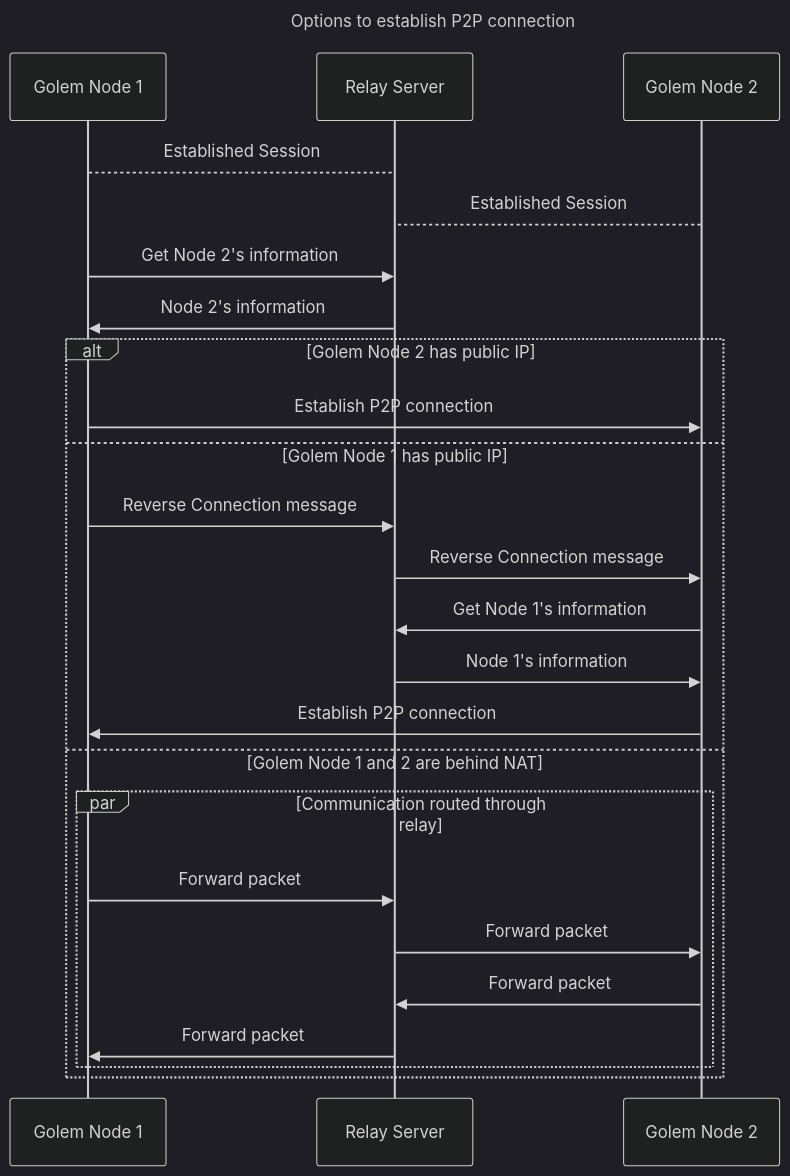
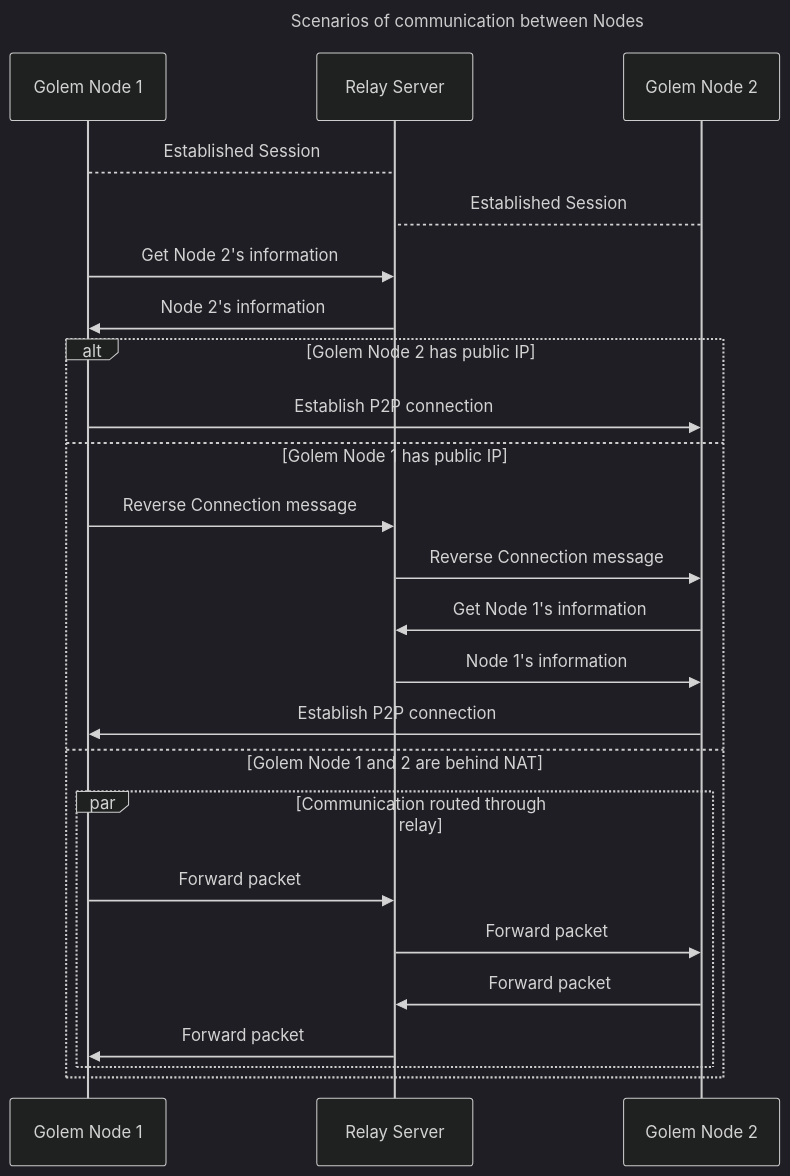
The seventh of 10 diagrams in arch-snapshot/arch.md (golemfactory/golem-architecture), drawn with Mermaid (dark theme) before and after one commit. The commit also changed other lines of this file, not shown here.

````diff
--- a/arch-snapshot/arch.md
+++ b/arch-snapshot/arch.md
@@ -677,34 +677,34 @@
 ```mermaid
 ---
-title: Options to establish P2P connection  
+title: Scenarios of communication between Nodes   
 ---
 sequenceDiagram
     participant GolemNode1 as Golem Node 1
     participant RelayServer as Relay Server
     participant GolemNode2 as Golem Node 2
 
     GolemNode1-->RelayServer: Established Session
     GolemNode2-->RelayServer: Established  Session
 
     GolemNode1->>RelayServer: Get Node 2's information
     RelayServer->>GolemNode1: Node 2's information
     
     alt Golem Node 2 has public IP
         GolemNode1->>GolemNode2: Establish P2P connection
     else Golem Node 1 has public IP
         GolemNode1->>RelayServer: Reverse Connection message
         RelayServer->>GolemNode2: Reverse Connection message
 
         GolemNode2->>RelayServer: Get Node 1's information
         RelayServer->>GolemNode2: Node 1's information
         
         GolemNode2->>GolemNode1: Establish P2P connection
     else Golem Node 1 and 2 are behind NAT
         par Communication routed through relay
           GolemNode1->>RelayServer: Forward packet
           RelayServer->>GolemNode2: Forward packet
           GolemNode2->>RelayServer: Forward packet
           RelayServer->>GolemNode1: Forward packet 
         end
     end
 ```
````
